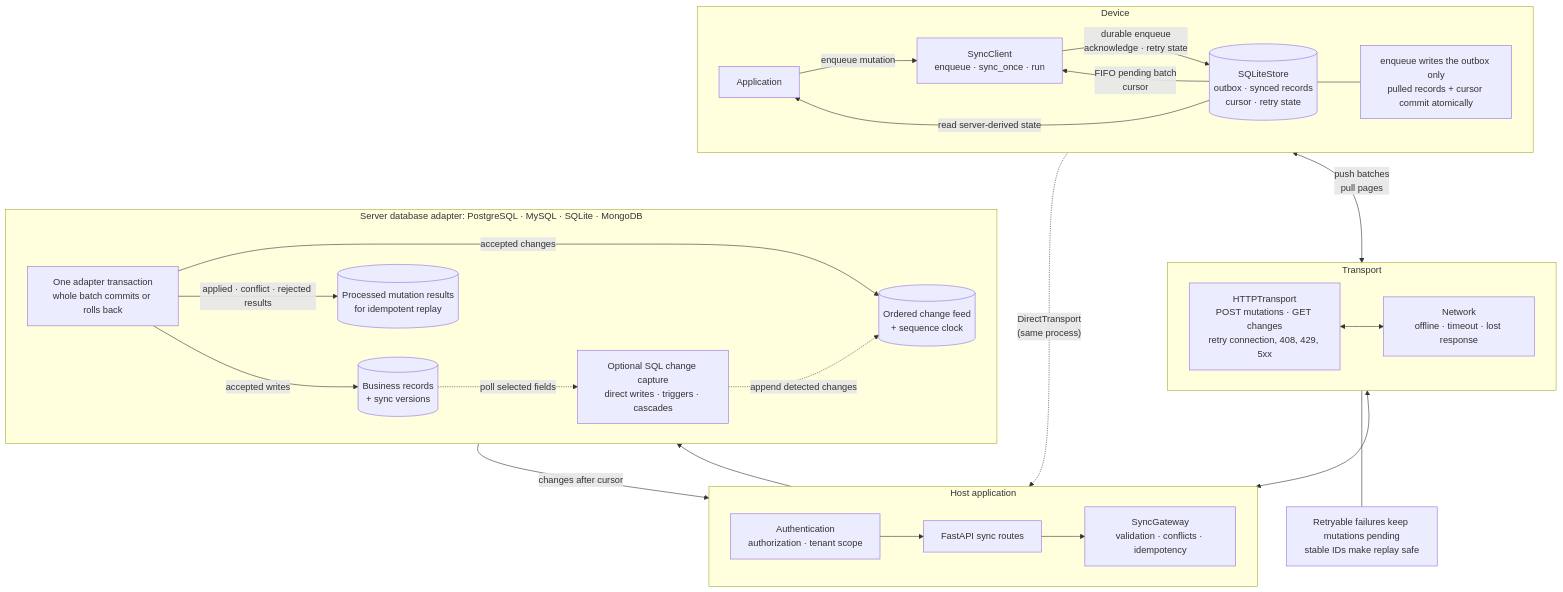
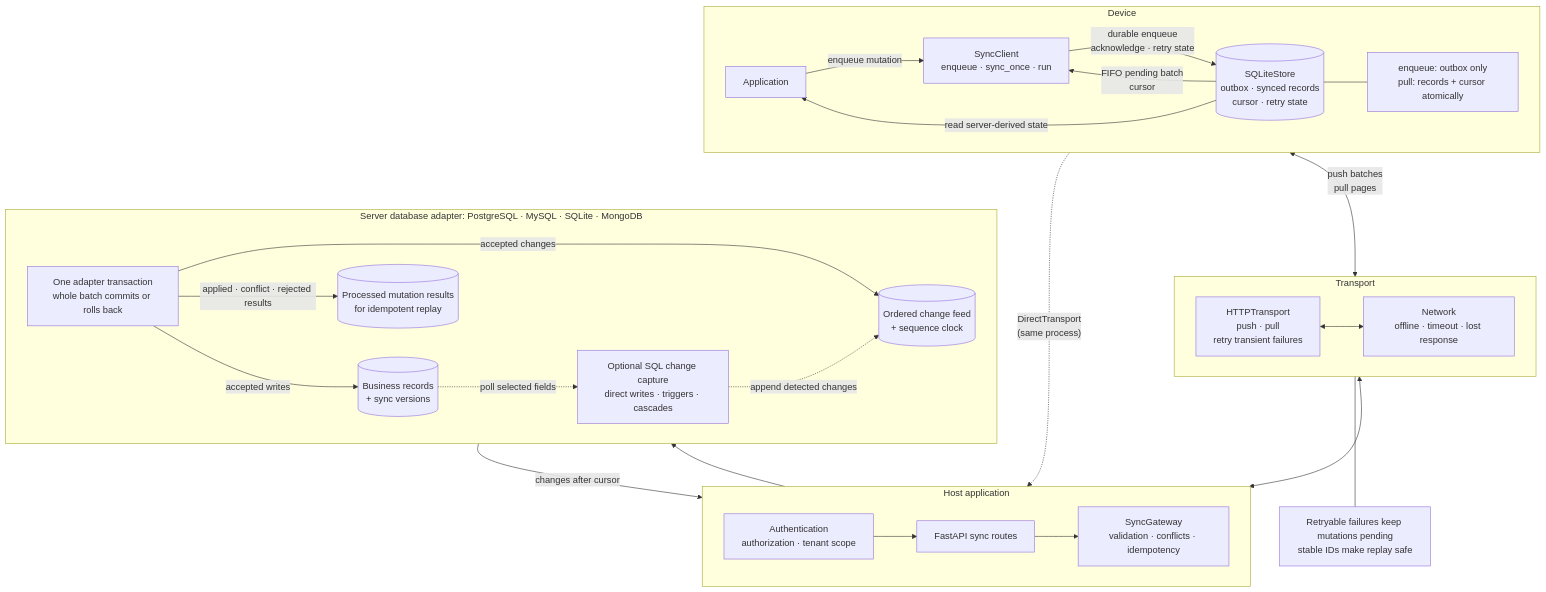
Before and after one commit to VivekReddy10-08-2004/sync-sdk: the diagram in README.md, drawn with Mermaid. The commit also changed other lines of this file, not shown here.

````diff
--- a/README.md
+++ b/README.md
@@ -31,55 +60,55 @@
 ```mermaid
 flowchart TB
     subgraph device["Device"]
         direction LR
         app["Application"]
         client["SyncClient<br/>enqueue · sync_once · run"]
         local[("SQLiteStore<br/>outbox · synced records<br/>cursor · retry state")]
-        local_note["enqueue writes the outbox only<br/>pulled records + cursor commit atomically"]
+        local_note["enqueue: outbox only<br/>pull: records + cursor atomically"]
 
         app -->|"enqueue mutation"| client
         client -->|"durable enqueue<br/>acknowledge · retry state"| local
         local -->|"FIFO pending batch<br/>cursor"| client
         local -->|"read server-derived state"| app
         local --- local_note
     end
 
     subgraph transport["Transport"]
         direction LR
-        http["HTTPTransport<br/>POST mutations · GET changes<br/>retry connection, 408, 429, 5xx"]
+        http["HTTPTransport<br/>push · pull<br/>retry transient failures"]
         network["Network<br/>offline · timeout · lost response"]
     end
 
     subgraph host["Host application"]
         direction LR
         access["Authentication<br/>authorization · tenant scope"]
         routes["FastAPI sync routes"]
         gateway["SyncGateway<br/>validation · conflicts · idempotency"]
 
         access --> routes --> gateway
     end
 
     subgraph server["Server database adapter: PostgreSQL · MySQL · SQLite · MongoDB"]
         direction LR
         transaction["One adapter transaction<br/>whole batch commits or rolls back"]
         records[("Business records<br/>+ sync versions")]
         results[("Processed mutation results<br/>for idempotent replay")]
         feed[("Ordered change feed<br/>+ sequence clock")]
         capture["Optional SQL change capture<br/>direct writes · triggers · cascades"]
     end
 
     client <-->|"push batches<br/>pull pages"| http
     http <--> network <--> access
     client -.->|"DirectTransport<br/>(same process)"| gateway
 
     gateway --> transaction
     transaction -->|"accepted writes"| records
     transaction -->|"applied · conflict · rejected results"| results
     transaction -->|"accepted changes"| feed
     feed -->|"changes after cursor"| gateway
     records -.->|"poll selected fields"| capture
     capture -.->|"append detected changes"| feed
 
     retry["Retryable failures keep mutations pending<br/>stable IDs make replay safe"]
     http --- retry
 ```
````
